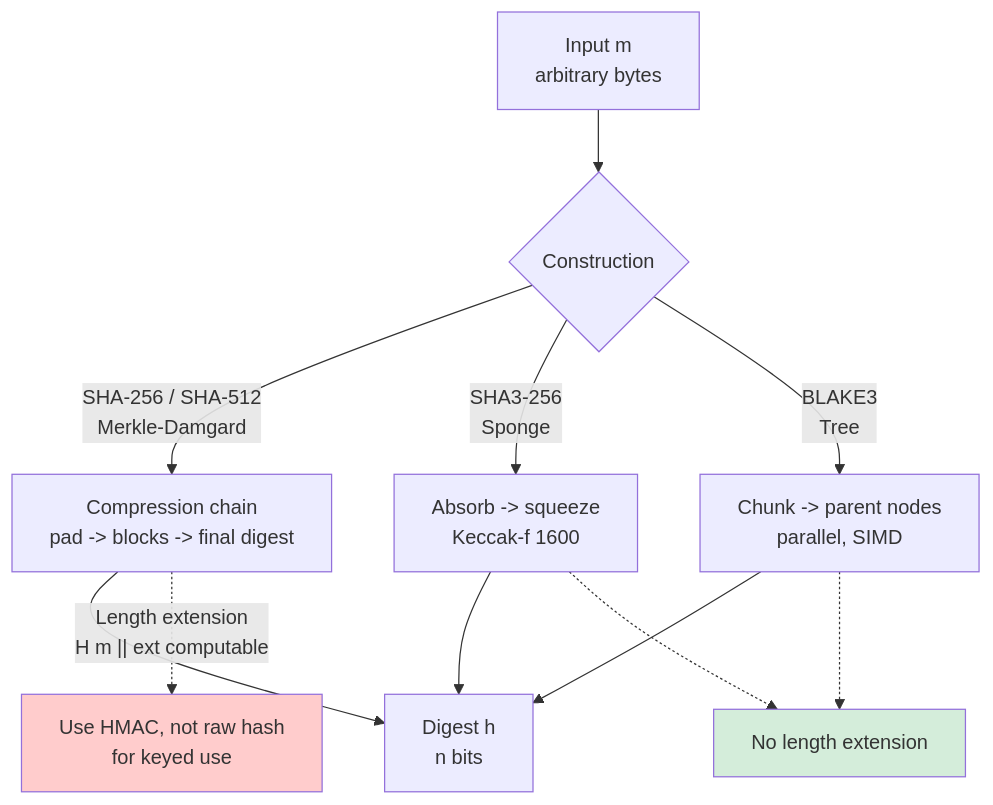
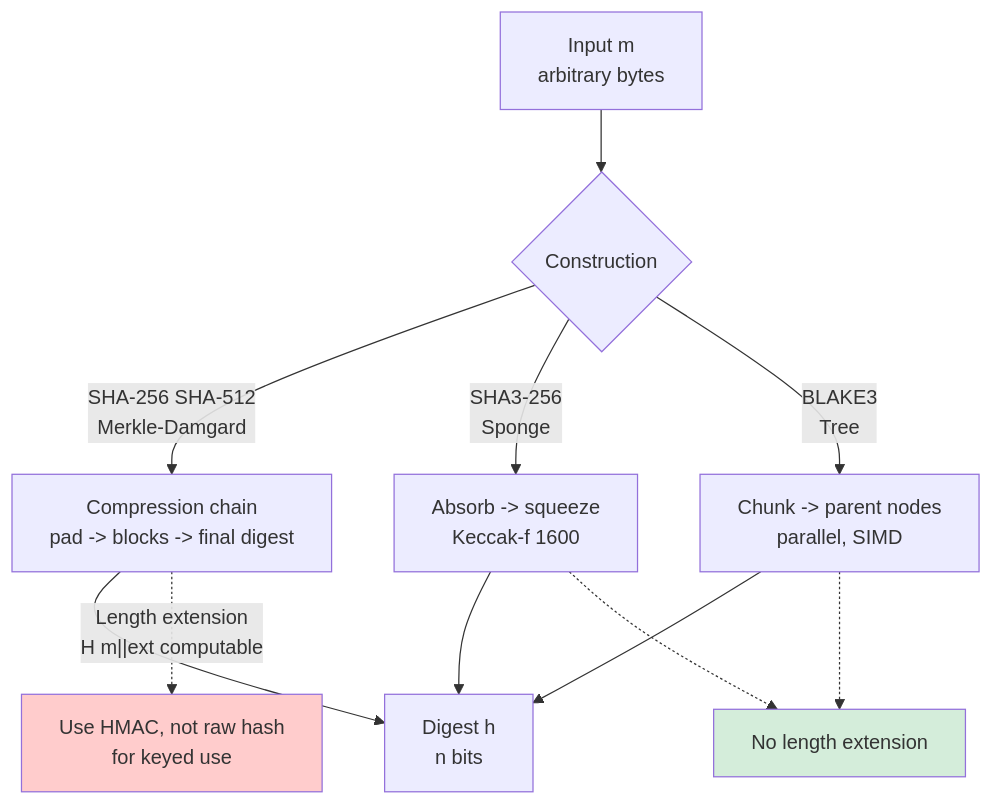
One commit to bumbsclaw/textbooks changed the first of 7 diagrams in vol-09-security-auth/ch02-hashing-passwords.md. Above: the diagram before and after it, drawn with Mermaid. The commit also changed other lines of this file and 173 other files, not shown here.

First line of the commit message:
fix(mermaid): close note brackets, semicolons in Notes, stateDiagram br -> dash, edge parens

````diff
--- a/vol-09-security-auth/ch02-hashing-passwords.md
+++ b/vol-09-security-auth/ch02-hashing-passwords.md
@@ -89,18 +89,18 @@
 ```mermaid
 flowchart TD
     A["Input m<br/>arbitrary bytes"] --> B{"Construction"}
-    B -->|"SHA-256 / SHA-512<br/>Merkle-Damgard"| C["Compression chain<br/>pad -> blocks -> final digest"]
-    B -->|"SHA3-256<br/>Sponge"| D["Absorb -> squeeze<br/>Keccak-f 1600"]
-    B -->|"BLAKE3<br/>Tree"| E["Chunk -> parent nodes<br/>parallel, SIMD"]
+    B -->|"SHA-256 SHA-512<br >Merkle-Damgard"| C["Compression chain<br/>pad -> blocks -> final digest"]
+    B -->|"SHA3-256<br >Sponge"| D["Absorb -> squeeze<br/>Keccak-f 1600"]
+    B -->|"BLAKE3<br >Tree"| E["Chunk -> parent nodes<br/>parallel, SIMD"]
 
     C --> F["Digest h<br/>n bits"]
     D --> F
     E --> F
 
-    C -.->|"Length extension<br/>H m || ext computable"| G["Use HMAC, not raw hash<br/>for keyed use"]
+    C -.->|"Length extension<br >H m||ext computable"| G["Use HMAC, not raw hash<br/>for keyed use"]
     D -.-> H["No length extension"]
     E -.-> H
 
     style G fill:#ffcccc
     style H fill:#d4edda
 ```
````
